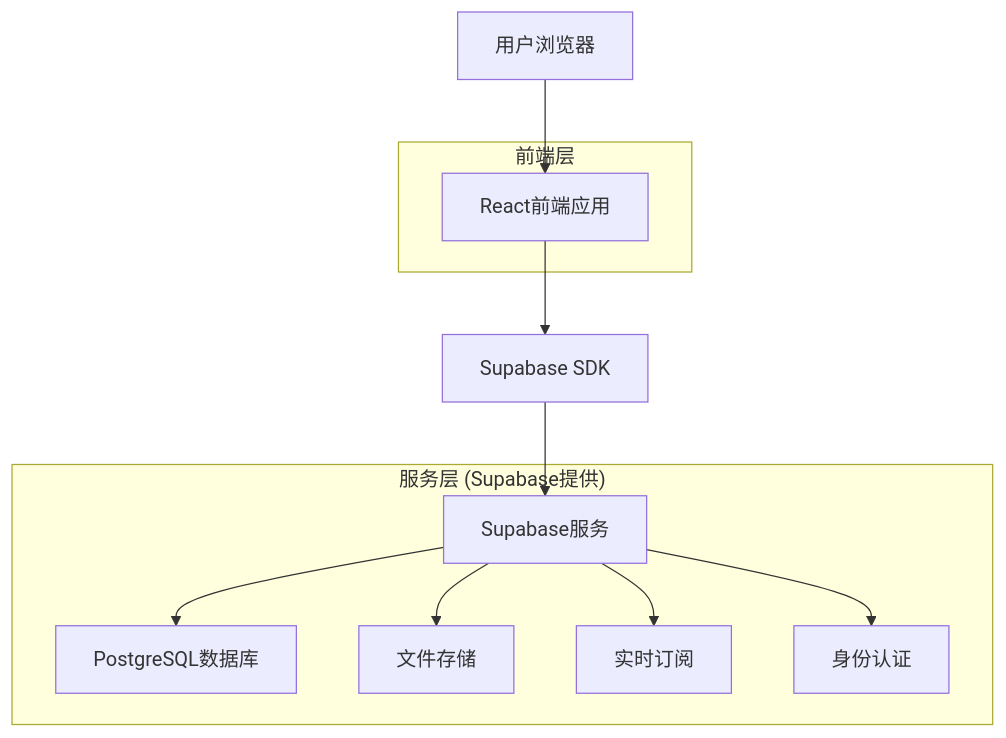
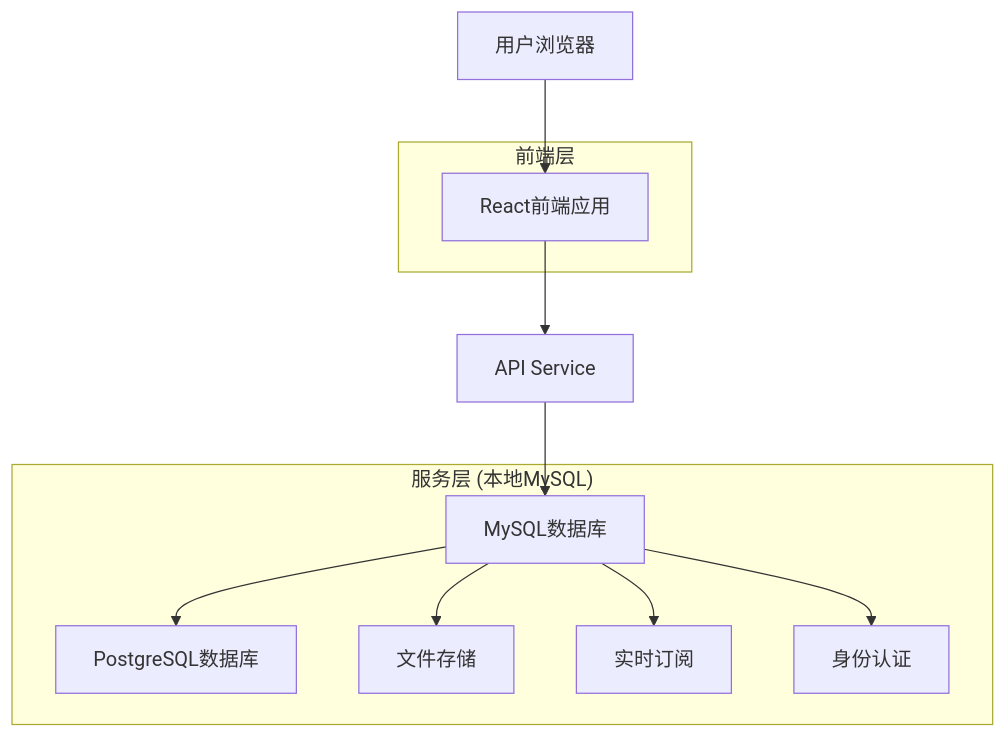
Before and after one commit to zhuoweishun/shuijing-erp: the first of 2 diagrams in .trae/documents/技术架构文档.md, drawn with Mermaid. The commit also changed other lines of this file and 68 other files, not shown here.

````diff
--- a/.trae/documents/技术架构文档.md
+++ b/.trae/documents/技术架构文档.md
@@ -5,23 +5,23 @@
 ```mermaid
 graph TD
   A[用户浏览器] --> B[React前端应用]
-  B --> C[Supabase SDK]
-  C --> D[Supabase服务]
+  B --> C[API Service]
+C --> D[MySQL数据库]
   
   subgraph "前端层"
     B
   end
   
-  subgraph "服务层 (Supabase提供)"
+  subgraph "服务层 (本地MySQL)"
     D
     E[PostgreSQL数据库]
     F[文件存储]
     G[实时订阅]
     H[身份认证]
   end
   
   D --> E
   D --> F
   D --> G
   D --> H
 ```
````
